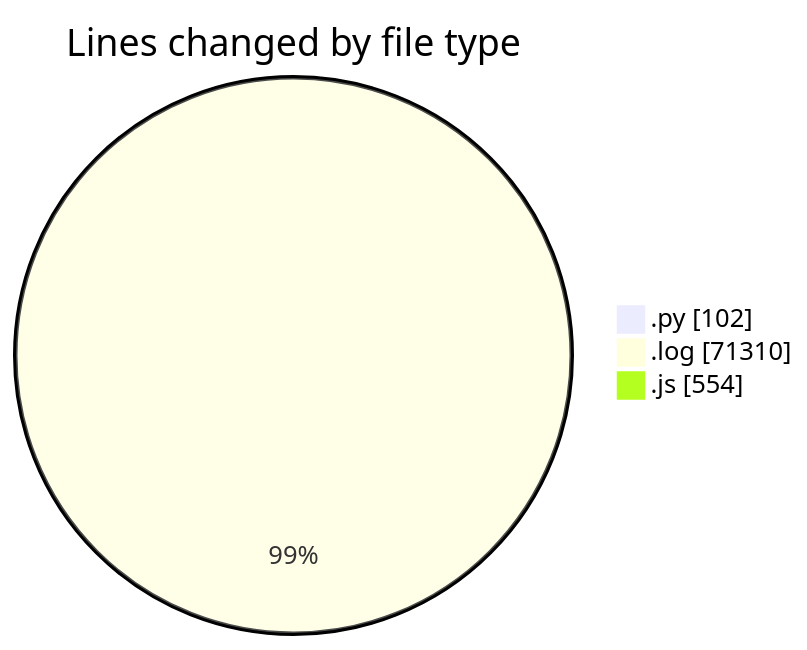
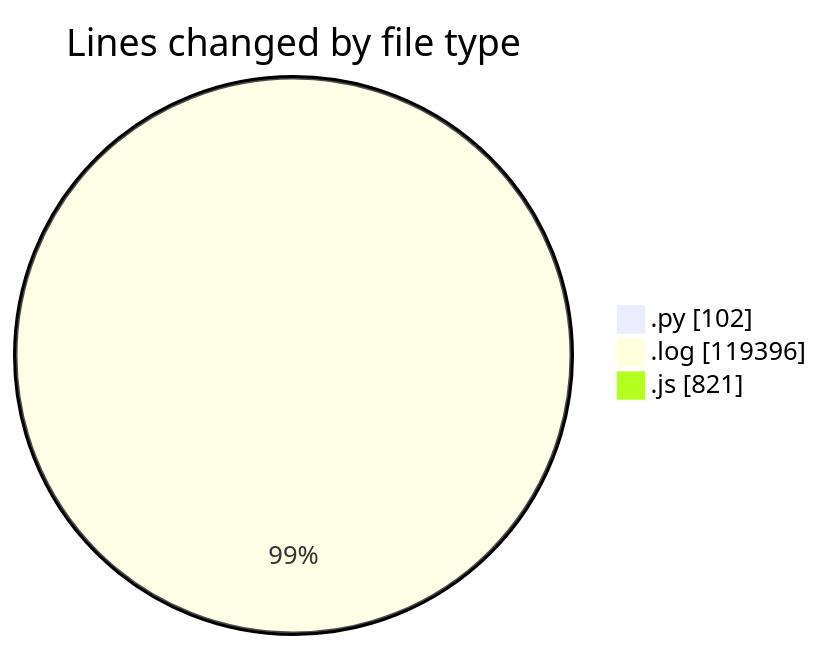
Before and after one commit to nxtqubesakshisongat/code-tracking: the first of 2 diagrams in 2025-04-11/nxtqube_webapp/README.md, drawn with Mermaid. The commit also changed other lines of this file and 1 other file, not shown here.

````diff
--- a/2025-04-11/nxtqube_webapp/README.md
+++ b/2025-04-11/nxtqube_webapp/README.md
@@ -23,7 +23,7 @@
 ```mermaid
 pie showData
 title Lines changed by file type
 ".py" : 102
-".log" : 71310
-".js" : 554
+".log" : 119396
+".js" : 821
 ```
````
